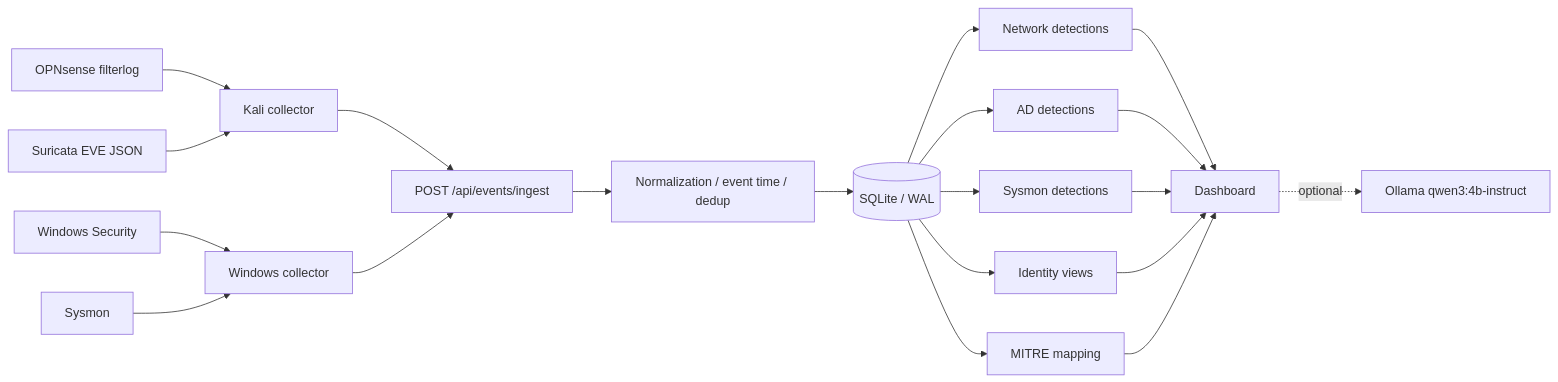
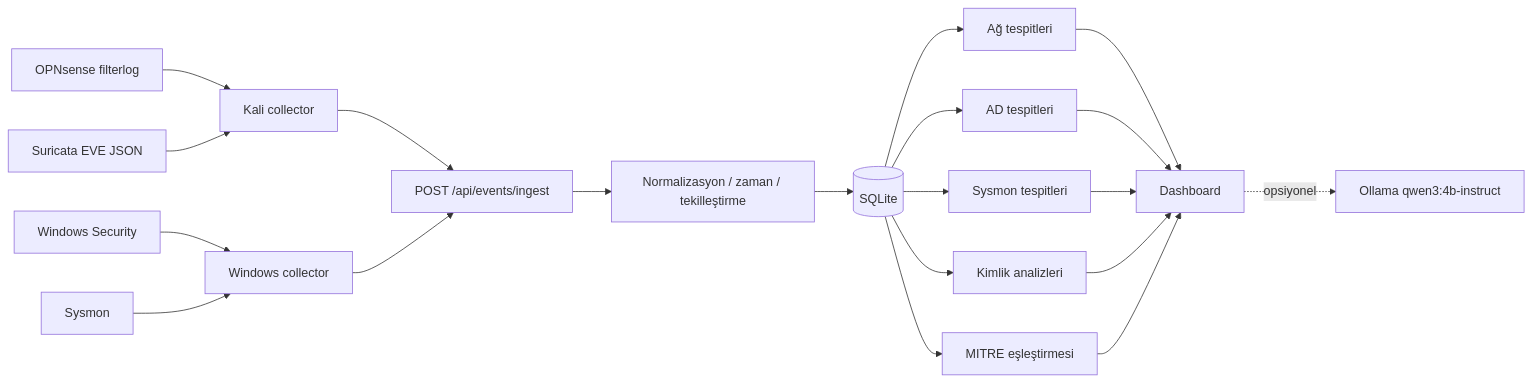
Before and after one commit to mahirkau1/AEGIS-SOC: the diagram in README.md, drawn with Mermaid. The commit also changed other lines of this file and 10 other files, not shown here.

````diff
--- a/README.md
+++ b/README.md
@@ -162,22 +112,22 @@
 ```mermaid
 flowchart LR
     A[OPNsense filterlog] --> C[Kali collector]
     B[Suricata EVE JSON] --> C
     D[Windows Security] --> E[Windows collector]
     F[Sysmon] --> E
     C --> G[POST /api/events/ingest]
     E --> G
-    G --> H[Normalization / event time / dedup]
-    H --> I[(SQLite / WAL)]
-    I --> J[Network detections]
-    I --> K[AD detections]
-    I --> L[Sysmon detections]
-    I --> M[Identity views]
-    I --> N[MITRE mapping]
+    G --> H[Normalizasyon / zaman / tekilleştirme]
+    H --> I[(SQLite)]
+    I --> J[Ağ tespitleri]
+    I --> K[AD tespitleri]
+    I --> L[Sysmon tespitleri]
+    I --> M[Kimlik analizleri]
+    I --> N[MITRE eşleştirmesi]
     J --> O[Dashboard]
     K --> O
     L --> O
     M --> O
     N --> O
-    O -. optional .-> P[Ollama qwen3:4b-instruct]
+    O -. opsiyonel .-> P[Ollama qwen3:4b-instruct]
 ```
````
